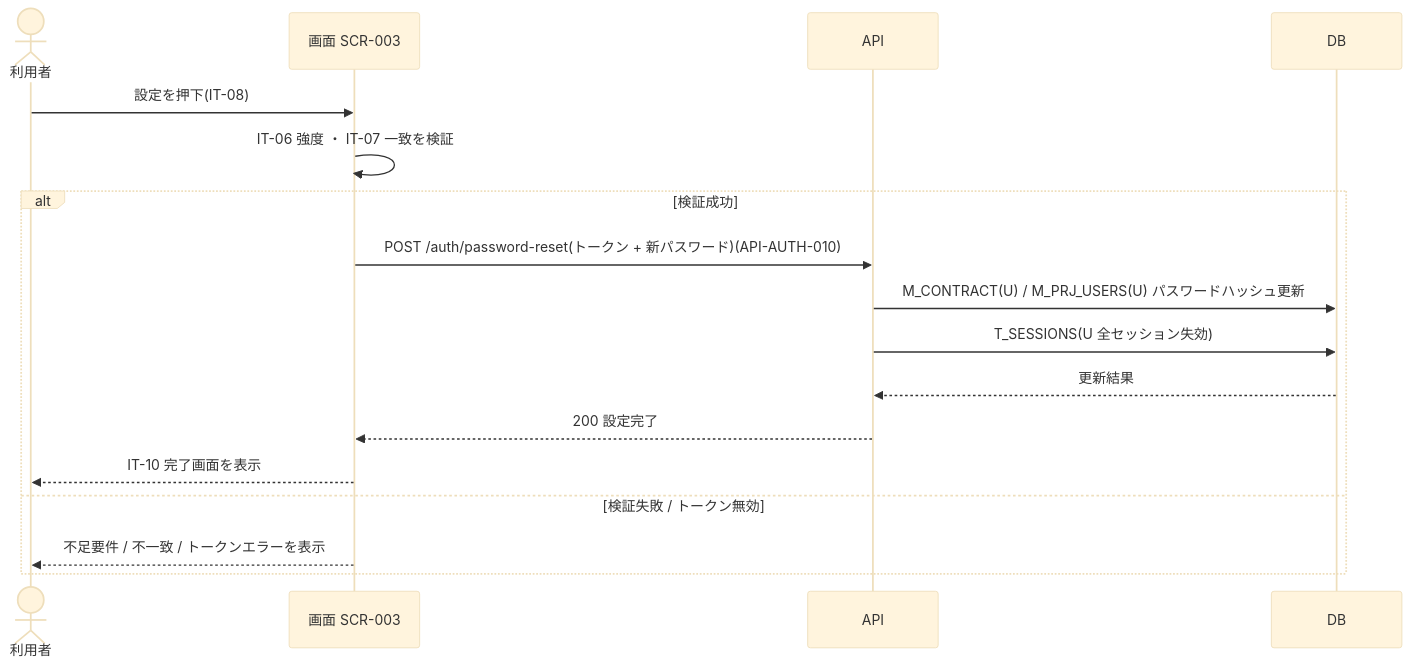
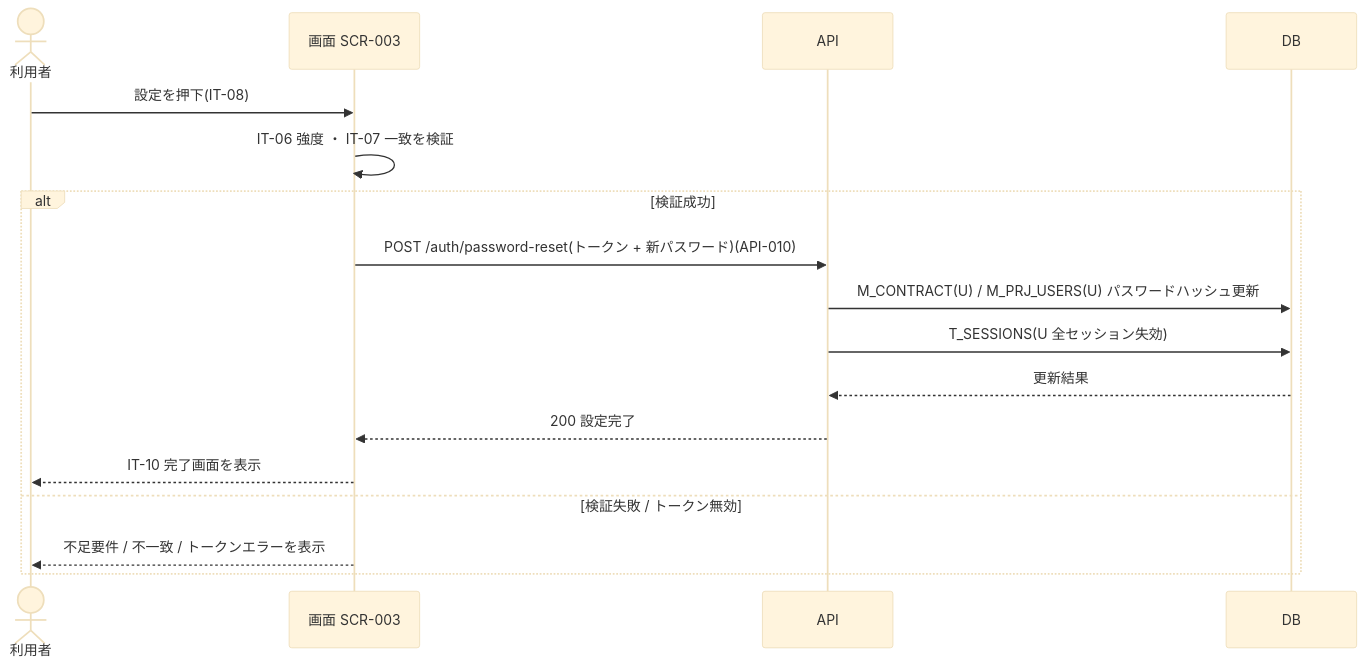
One commit to sikakou54/open-faq changed the diagram in 01_requirements/02_business_usecases/UC-025.md. Above: the diagram before and after it, drawn with Mermaid (base theme). The commit also changed other lines of this file and 321 other files, not shown here.

````diff
--- a/01_requirements/02_business_usecases/UC-025.md
+++ b/01_requirements/02_business_usecases/UC-025.md
@@ -42,19 +42,19 @@
 ```mermaid
 sequenceDiagram
   actor U as 利用者
   participant S as 画面 SCR-003
   participant API as API
   participant DB as DB
   U->>S: 設定を押下(IT-08)
   S->>S: IT-06 強度 ・ IT-07 一致を検証
   alt 検証成功
-    S->>API: POST /auth/password-reset(トークン + 新パスワード)(API-AUTH-010)
+    S->>API: POST /auth/password-reset(トークン + 新パスワード)(API-010)
     API->>DB: M_CONTRACT(U) / M_PRJ_USERS(U) パスワードハッシュ更新
     API->>DB: T_SESSIONS(U 全セッション失効)
     DB-->>API: 更新結果
     API-->>S: 200 設定完了
     S-->>U: IT-10 完了画面を表示
   else 検証失敗 / トークン無効
     S-->>U: 不足要件 / 不一致 / トークンエラーを表示
   end
 ```
````
